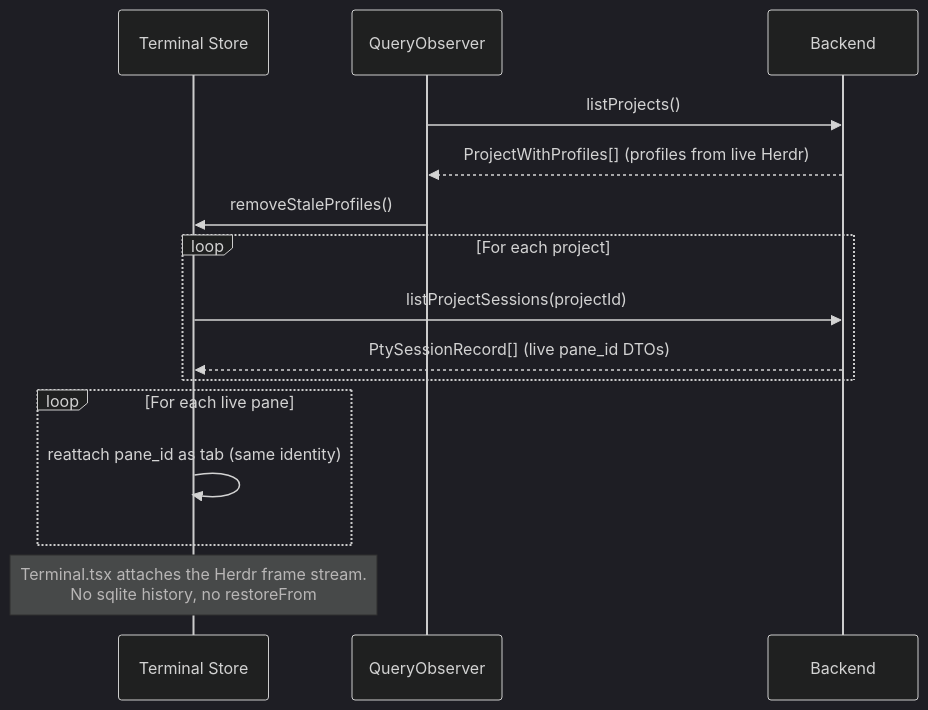
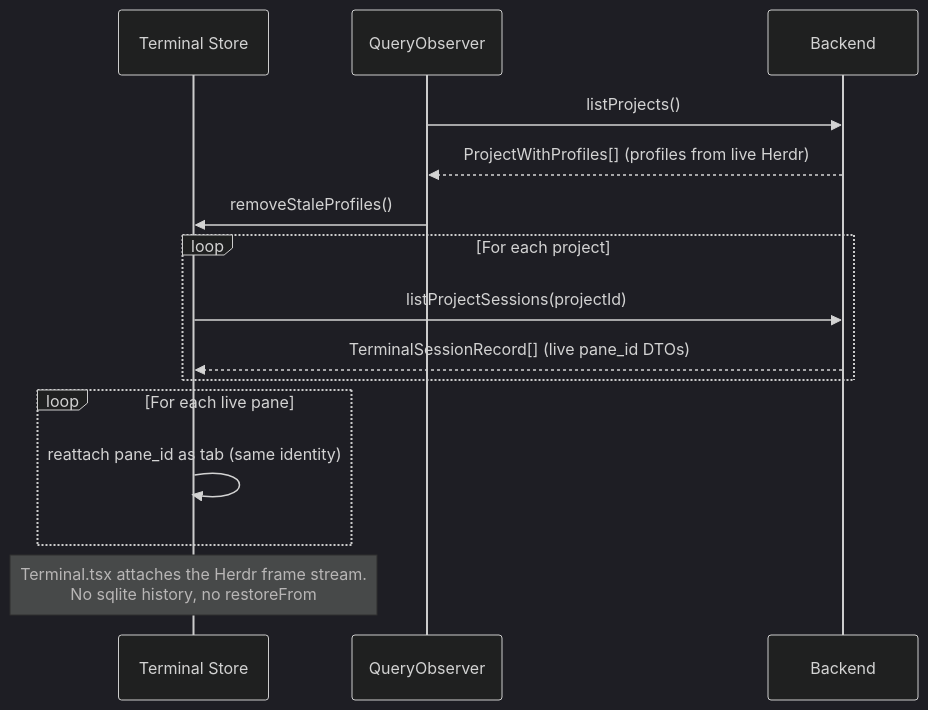
One commit to AkaraChen/2code changed the third of 5 diagrams in docs/data-flow.md. Above: the diagram before and after it, drawn with Mermaid (dark theme). The commit also changed other lines of this file and 40 other files, not shown here.

First line of the commit message:
refactor: rename the terminal session layer off pty

````diff
--- a/docs/data-flow.md
+++ b/docs/data-flow.md
@@ -73,21 +73,21 @@
 ```mermaid
 sequenceDiagram
     participant Store as Terminal Store
     participant QO as QueryObserver
     participant BE as Backend
 
     QO->>BE: listProjects()
     BE-->>QO: ProjectWithProfiles[] (profiles from live Herdr)
     QO->>Store: removeStaleProfiles()
 
     loop For each project
         Store->>BE: listProjectSessions(projectId)
-        BE-->>Store: PtySessionRecord[] (live pane_id DTOs)
+        BE-->>Store: TerminalSessionRecord[] (live pane_id DTOs)
     end
 
     loop For each live pane
         Store->>Store: reattach pane_id as tab (same identity)
     end
 
     Note over Store: Terminal.tsx attaches the Herdr frame stream.<br/>No sqlite history, no restoreFrom
 ```
````
